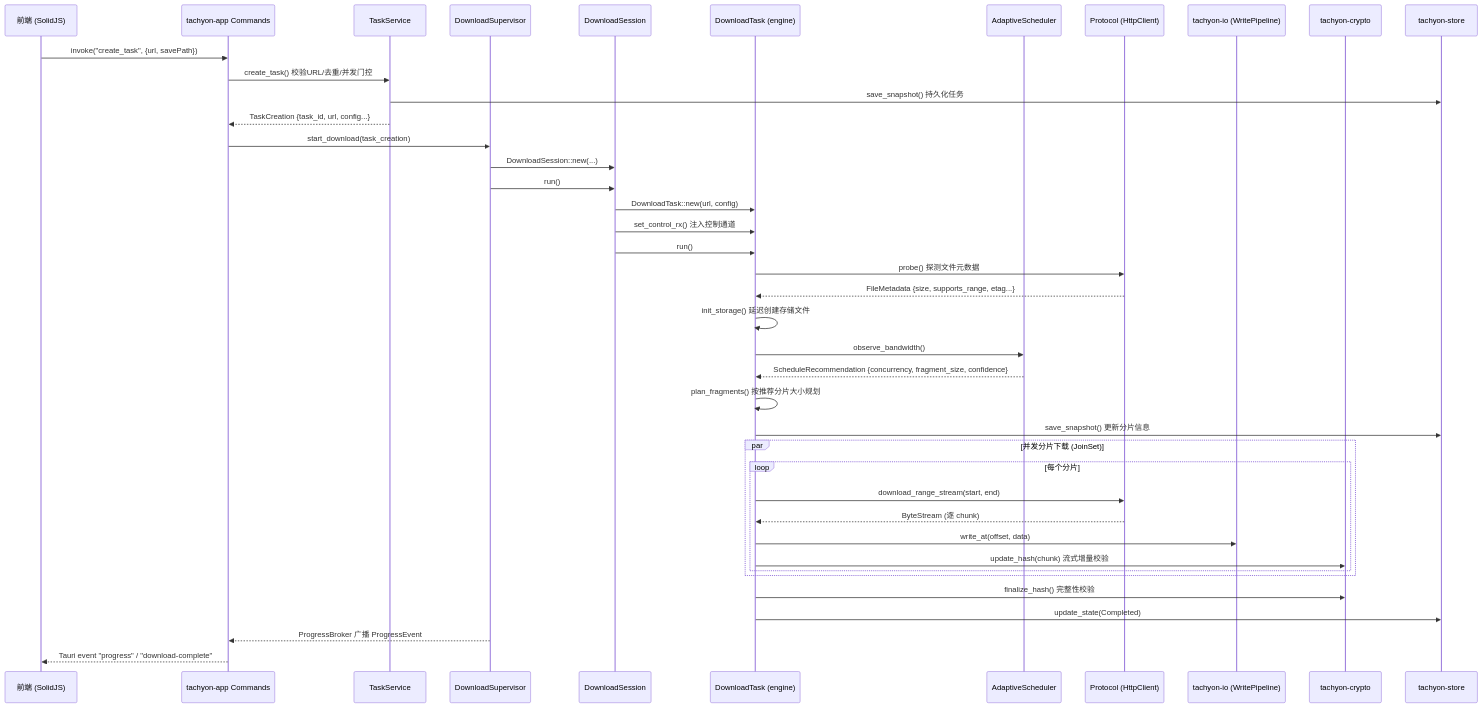
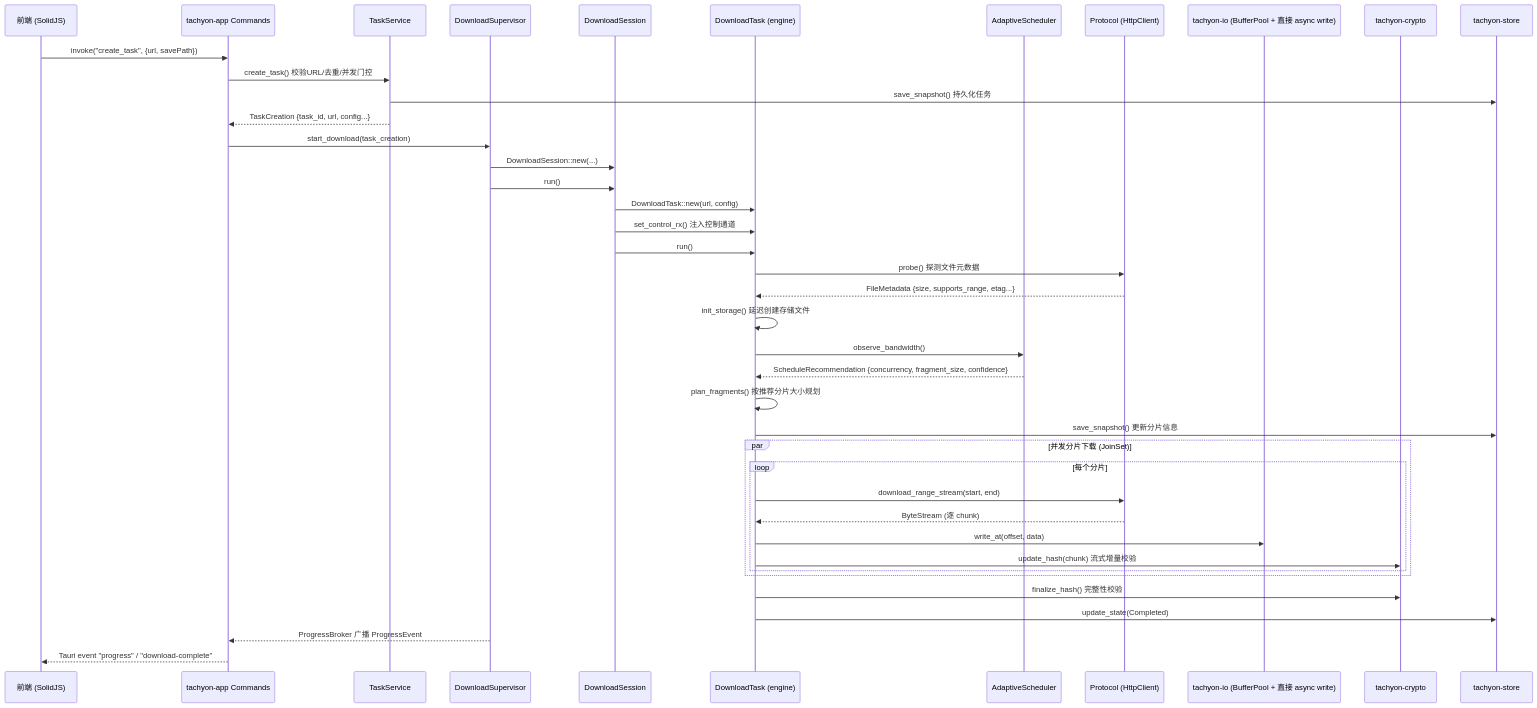
Before and after one commit to baiye2941/Tachyon: the fourth of 7 diagrams in docs/architecture.md, drawn with Mermaid. The commit also changed other lines of this file and 153 other files, not shown here.

````diff
--- a/docs/architecture.md
+++ b/docs/architecture.md
@@ -379,50 +374,50 @@
 ```mermaid
 sequenceDiagram
     participant FE as 前端 (SolidJS)
     participant CMD as tachyon-app Commands
     participant SVC as TaskService
     participant SUP as DownloadSupervisor
     participant SESS as DownloadSession
     participant DT as DownloadTask (engine)
     participant SCH as AdaptiveScheduler
     participant PROTO as Protocol (HttpClient)
-    participant IO as tachyon-io (WritePipeline)
+    participant IO as tachyon-io (BufferPool + 直接 async write)
     participant VERIFY as tachyon-crypto
     participant STORE as tachyon-store
 
     FE->>CMD: invoke("create_task", {url, savePath})
     CMD->>SVC: create_task() 校验URL/去重/并发门控
     SVC->>STORE: save_snapshot() 持久化任务
     SVC-->>CMD: TaskCreation {task_id, url, config...}
     CMD->>SUP: start_download(task_creation)
     SUP->>SESS: DownloadSession::new(...)
     SUP->>SESS: run()
 
     SESS->>DT: DownloadTask::new(url, config)
     SESS->>DT: set_control_rx() 注入控制通道
     SESS->>DT: run()
 
     DT->>PROTO: probe() 探测文件元数据
     PROTO-->>DT: FileMetadata {size, supports_range, etag...}
 
     DT->>DT: init_storage() 延迟创建存储文件
     DT->>SCH: observe_bandwidth()
     SCH-->>DT: ScheduleRecommendation {concurrency, fragment_size, confidence}
 
     DT->>DT: plan_fragments() 按推荐分片大小规划
     DT->>STORE: save_snapshot() 更新分片信息
 
     par 并发分片下载 (JoinSet)
         loop 每个分片
             DT->>PROTO: download_range_stream(start, end)
             PROTO-->>DT: ByteStream (逐 chunk)
             DT->>IO: write_at(offset, data)
             DT->>VERIFY: update_hash(chunk) 流式增量校验
         end
     end
 
     DT->>VERIFY: finalize_hash() 完整性校验
     DT->>STORE: update_state(Completed)
     SUP-->>CMD: ProgressBroker 广播 ProgressEvent
     CMD-->>FE: Tauri event "progress" / "download-complete"
 ```
````
